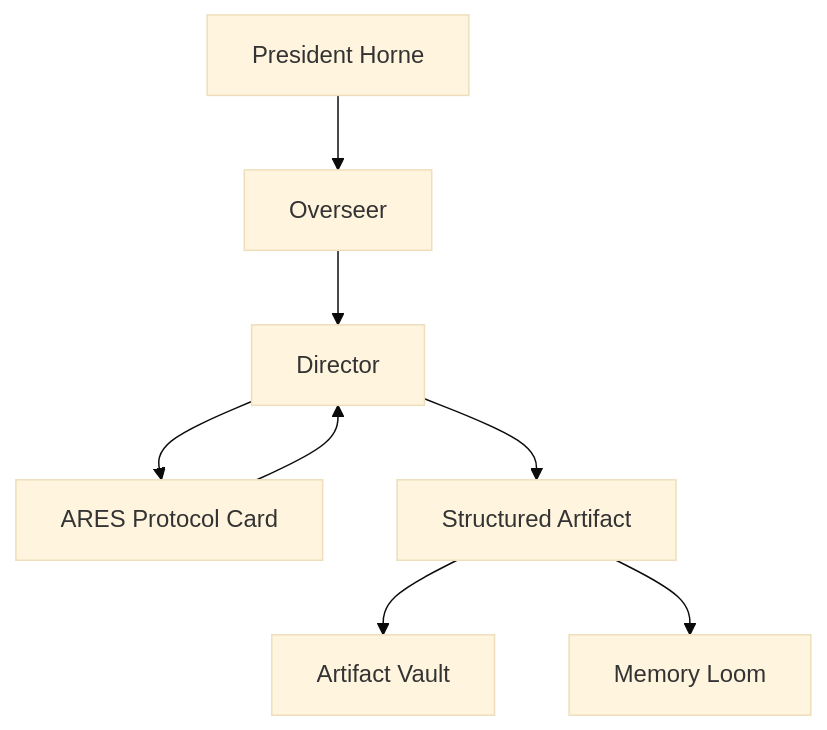
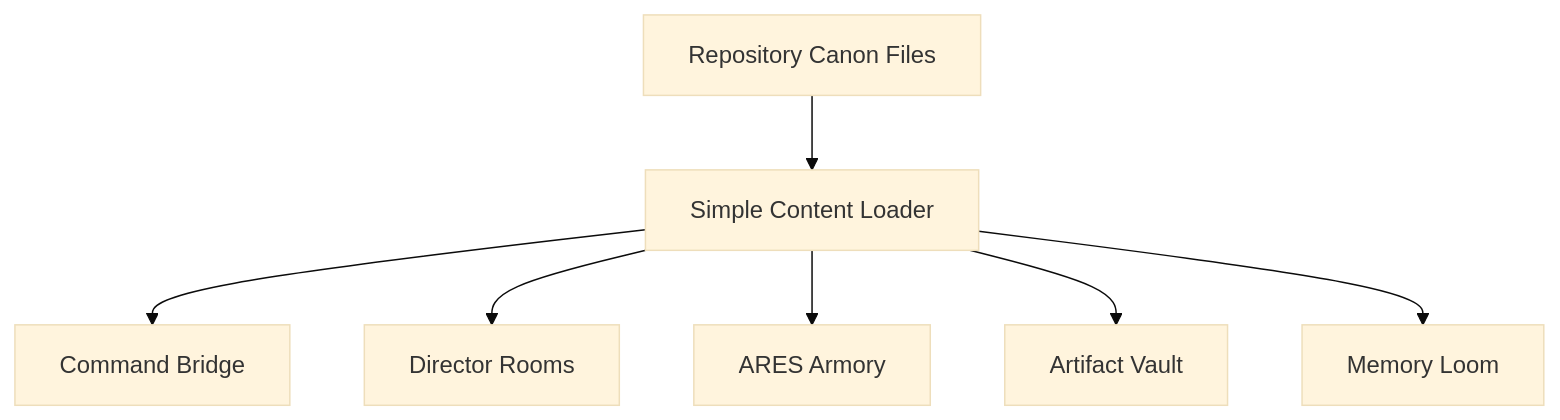
The second of 2 diagrams in docs/02_architecture_overview.md (Dapper-Magician/project-overseer), drawn with Mermaid (base theme) before and after one commit. The commit also changed other lines of this file and 36 other files, not shown here.

````diff
--- a/docs/02_architecture_overview.md
+++ b/docs/02_architecture_overview.md
@@ -325,10 +258,9 @@
 ```mermaid
 flowchart TD
-    U[President Horne] --> O[Overseer]
-    O --> D[Director]
-    D --> P[ARES Protocol Card]
-    P --> D
-    D --> A[Structured Artifact]
-    A --> V[Artifact Vault]
-    A --> M[Memory Loom]
+    Canon[Repository Canon Files] --> Loader[Simple Content Loader]
+    Loader --> Bridge[Command Bridge]
+    Loader --> Directors[Director Rooms]
+    Loader --> Armory[ARES Armory]
+    Loader --> Vault[Artifact Vault]
+    Loader --> Loom[Memory Loom]
 ```
````
